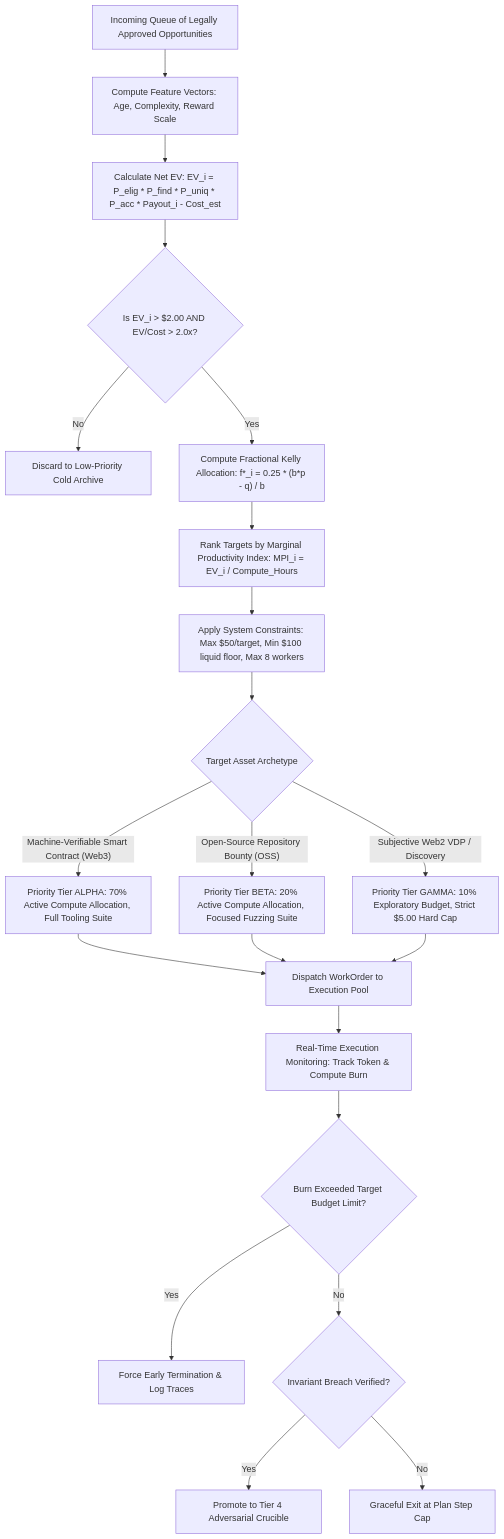
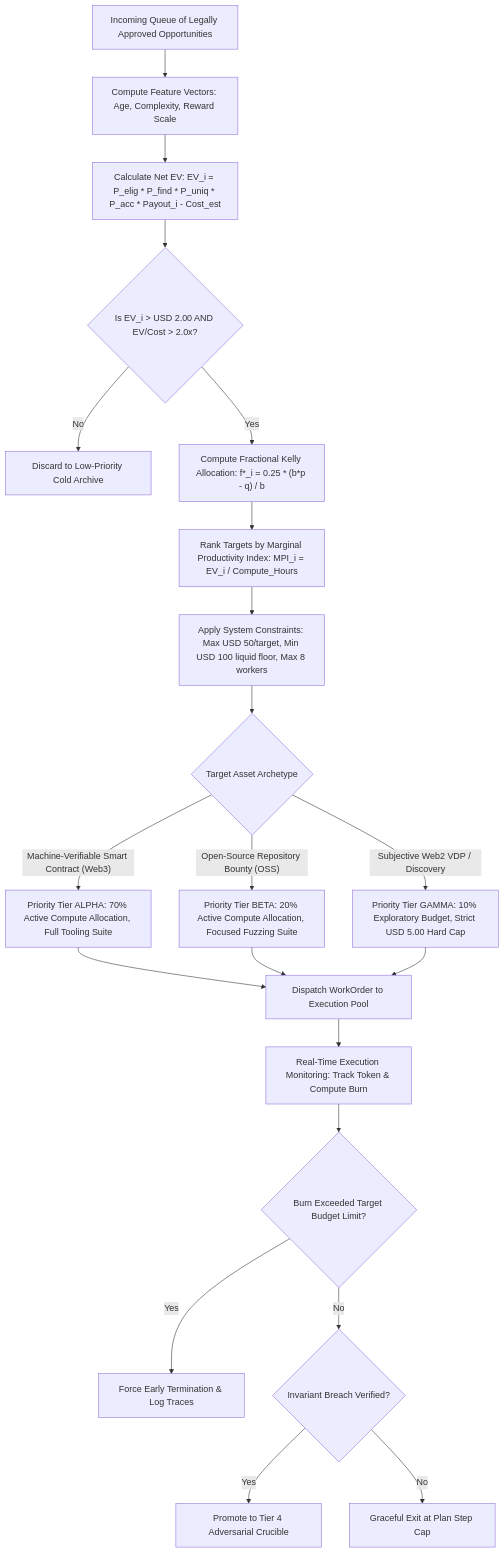
Before and after one commit to x-TheFox/Autonomous-Opportunity-Arbitrage-Engine: the fourth of 4 diagrams in docs/07_autonomous_system_architecture.md, drawn with Mermaid. The commit also changed other lines of this file and 11 other files, not shown here.

````diff
--- a/docs/07_autonomous_system_architecture.md
+++ b/docs/07_autonomous_system_architecture.md
@@ -1118,27 +1118,27 @@
 ```mermaid
 graph TD
     A["Incoming Queue of Legally Approved Opportunities"] --> B["Compute Feature Vectors: Age, Complexity, Reward Scale"]
     B --> C["Calculate Net EV: EV_i = P_elig * P_find * P_uniq * P_acc * Payout_i - Cost_est"]
-    C --> D{"Is EV_i > $2.00 AND EV/Cost > 2.0x?"}
+    C --> D{"Is EV_i > USD 2.00 AND EV/Cost > 2.0x?"}
     D -- No --> E["Discard to Low-Priority Cold Archive"]
     D -- Yes --> F["Compute Fractional Kelly Allocation: f*_i = 0.25 * (b*p - q) / b"]
     
     F --> G["Rank Targets by Marginal Productivity Index: MPI_i = EV_i / Compute_Hours"]
-    G --> H["Apply System Constraints: Max $50/target, Min $100 liquid floor, Max 8 workers"]
+    G --> H["Apply System Constraints: Max USD 50/target, Min USD 100 liquid floor, Max 8 workers"]
 
     H --> I{"Target Asset Archetype"}
     I -- "Machine-Verifiable Smart Contract (Web3)" --> J["Priority Tier ALPHA: 70% Active Compute Allocation, Full Tooling Suite"]
     I -- "Open-Source Repository Bounty (OSS)" --> K["Priority Tier BETA: 20% Active Compute Allocation, Focused Fuzzing Suite"]
-    I -- "Subjective Web2 VDP / Discovery" --> L["Priority Tier GAMMA: 10% Exploratory Budget, Strict $5.00 Hard Cap"]
+    I -- "Subjective Web2 VDP / Discovery" --> L["Priority Tier GAMMA: 10% Exploratory Budget, Strict USD 5.00 Hard Cap"]
 
     J --> M["Dispatch WorkOrder to Execution Pool"]
     K --> M
     L --> M
 
     M --> N["Real-Time Execution Monitoring: Track Token & Compute Burn"]
     N --> O{"Burn Exceeded Target Budget Limit?"}
     O -- Yes --> P["Force Early Termination & Log Traces"]
     O -- No --> Q{"Invariant Breach Verified?"}
     Q -- Yes --> R["Promote to Tier 4 Adversarial Crucible"]
     Q -- No --> S["Graceful Exit at Plan Step Cap"]
 ```
````
